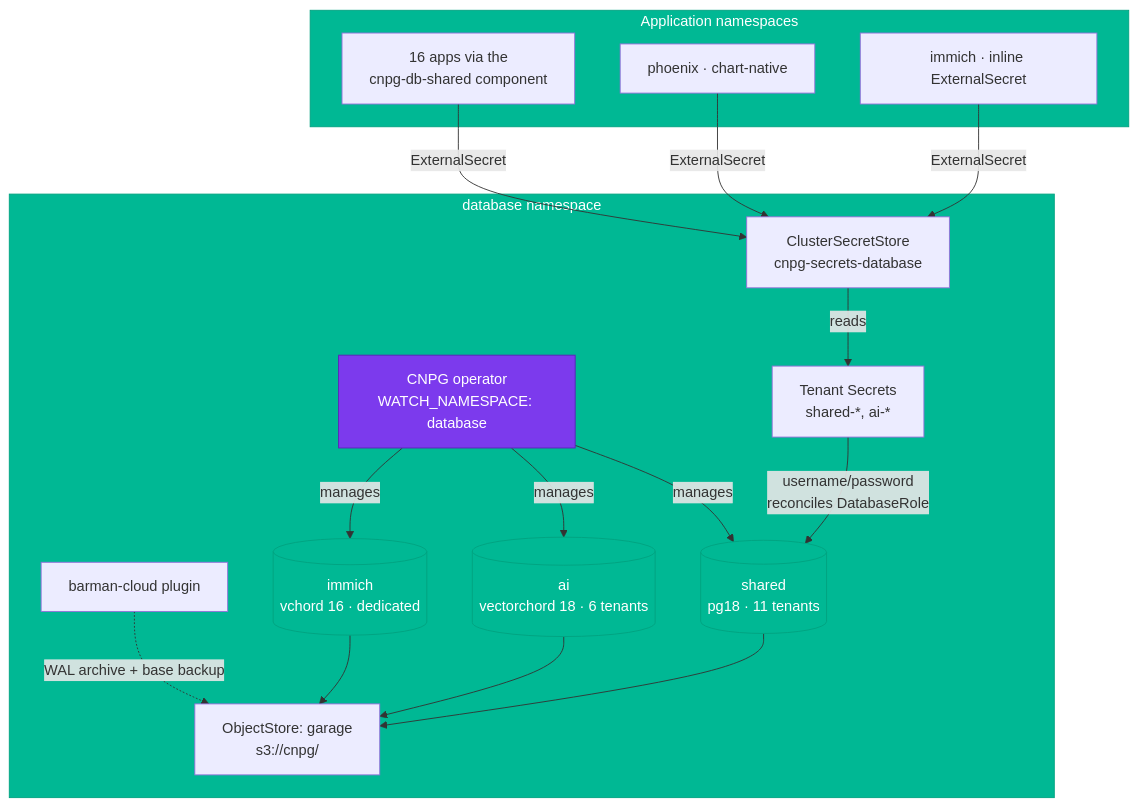
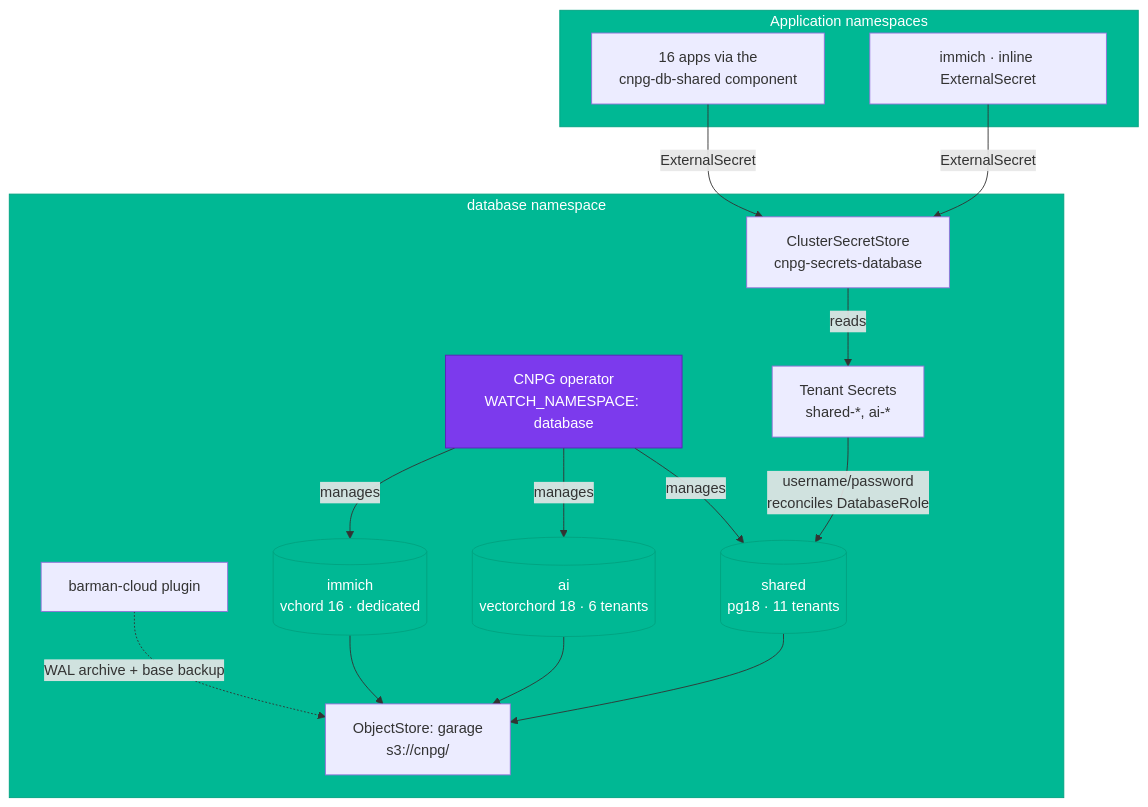
Before and after one commit to swibrow/home-ops: the diagram in docs/applications/databases/index.md, drawn with Mermaid. The commit also changed other lines of this file and 8 other files, not shown here.

````diff
--- a/docs/applications/databases/index.md
+++ b/docs/applications/databases/index.md
@@ -23,40 +23,38 @@
 ```mermaid
 flowchart TD
     subgraph DB["database namespace"]
         OP[CNPG operator<br/>WATCH_NAMESPACE: database]
         BARMAN[barman-cloud plugin]
         OS[ObjectStore: garage<br/>s3://cnpg/]
         CSS[ClusterSecretStore<br/>cnpg-secrets-database]
 
         SHARED[("shared<br/>pg18 · 11 tenants")]
         AI[("ai<br/>vectorchord 18 · 6 tenants")]
         IMMICH[("immich<br/>vchord 16 · dedicated")]
 
         TS[Tenant Secrets<br/>shared-*, ai-*]
     end
 
     subgraph Apps["Application namespaces"]
         A1[16 apps via the<br/>cnpg-db-shared component]
-        A2[phoenix · chart-native]
         A3[immich · inline ExternalSecret]
     end
 
     OP -->|manages| SHARED
     OP -->|manages| AI
     OP -->|manages| IMMICH
     SHARED --> OS
     AI --> OS
     IMMICH --> OS
     BARMAN -.->|WAL archive + base backup| OS
 
     TS -->|username/password<br/>reconciles DatabaseRole| SHARED
     CSS -->|reads| TS
     A1 -->|ExternalSecret| CSS
-    A2 -->|ExternalSecret| CSS
     A3 -->|ExternalSecret| CSS
 
     classDef operator fill:#7c3aed,stroke:#5b21b6,color:#fff
     classDef cluster fill:#00b894,stroke:#00a381,color:#fff
     class OP operator
     class SHARED,AI,IMMICH cluster
 ```
````
